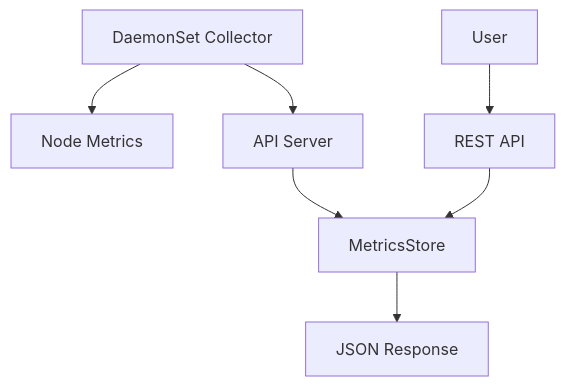
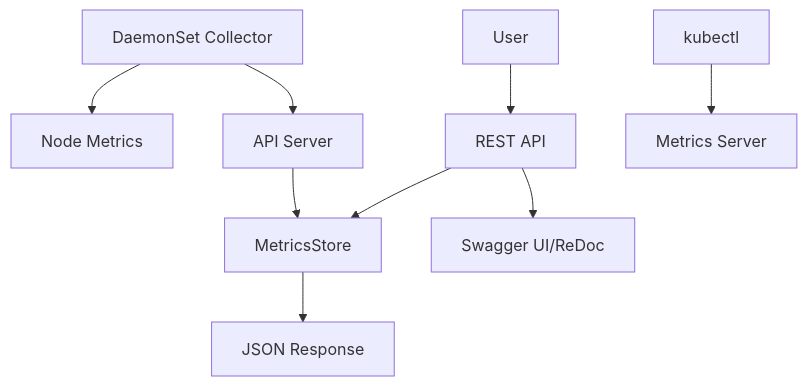
One commit to oh79/kubemonitor changed the diagram in README.md. Above: the diagram before and after it, drawn with Mermaid. The commit also changed other lines of this file, not shown here.

````diff
--- a/README.md
+++ b/README.md
@@ -200,9 +211,11 @@
 ```mermaid
 graph TB
     A[DaemonSet Collector] --> B[Node Metrics]
     A --> C[API Server]
     C --> D[MetricsStore]
     E[User] --> F[REST API]
     F --> D
     D --> G[JSON Response]
+    H[kubectl] --> I[Metrics Server]
+    F --> J[Swagger UI/ReDoc]
 ```
````
